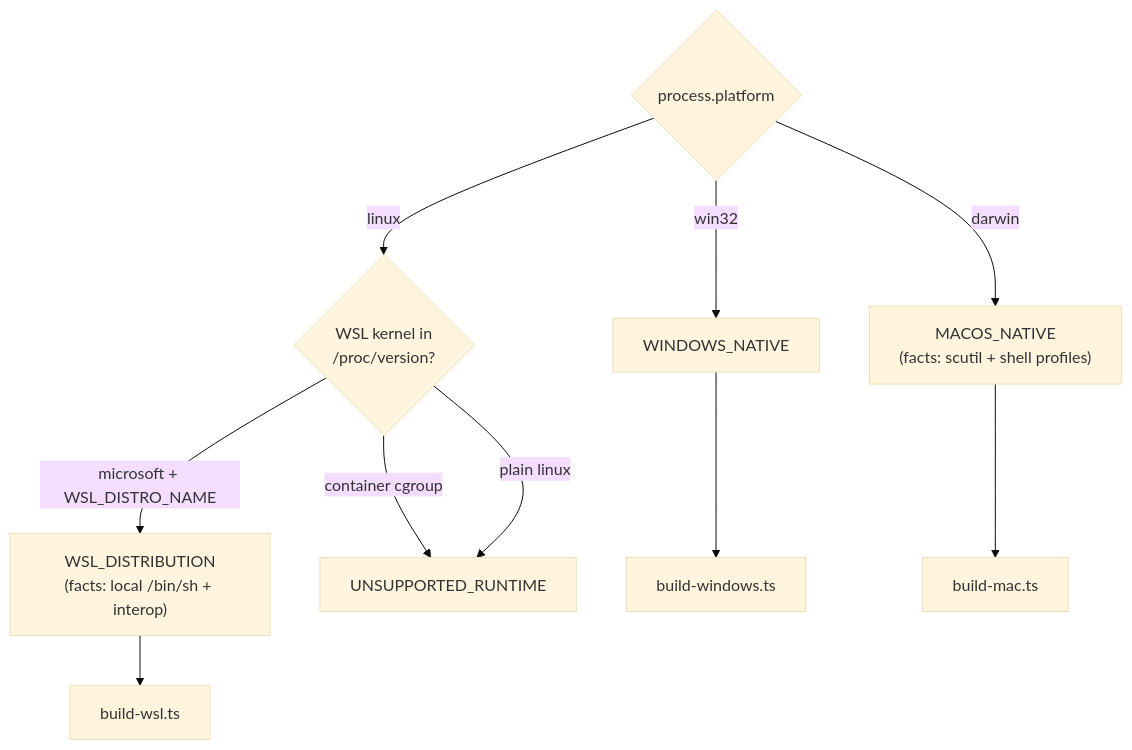
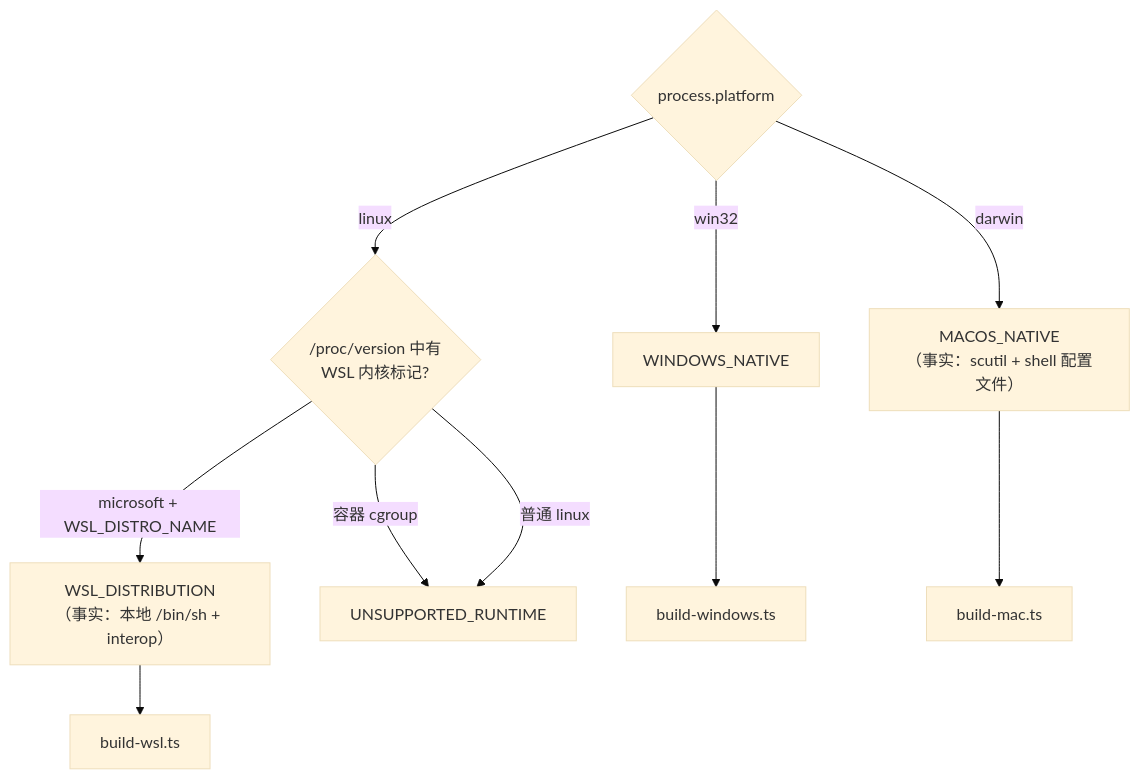
Before and after one commit to kanneiren/dsh-network-settings: the fifth of 7 diagrams in docs/architecture.md, drawn with Mermaid (base theme). The commit also changed other lines of this file and 3 other files, not shown here.

First line of the commit message:
docs: Chinese architecture doc as default, English moved to architecture.en.md

````diff
--- a/docs/architecture.md
+++ b/docs/architecture.md
@@ -162,13 +162,13 @@
 ```mermaid
 flowchart TB
   PLAT{"process.platform"}
   PLAT -->|win32| WN["WINDOWS_NATIVE"]
-  PLAT -->|linux| K{"WSL kernel in<br/>/proc/version?"}
-  K -->|"microsoft + WSL_DISTRO_NAME"| WD["WSL_DISTRIBUTION<br/>(facts: local /bin/sh + interop)"]
-  K -->|"container cgroup"| UNS["UNSUPPORTED_RUNTIME"]
-  K -->|"plain linux"| UNS
-  PLAT -->|darwin| MAC["MACOS_NATIVE<br/>(facts: scutil + shell profiles)"]
+  PLAT -->|linux| K{"/proc/version 中有<br/>WSL 内核标记?"}
+  K -->|"microsoft + WSL_DISTRO_NAME"| WD["WSL_DISTRIBUTION<br/>（事实：本地 /bin/sh + interop）"]
+  K -->|"容器 cgroup"| UNS["UNSUPPORTED_RUNTIME"]
+  K -->|"普通 linux"| UNS
+  PLAT -->|darwin| MAC["MACOS_NATIVE<br/>（事实：scutil + shell 配置文件）"]
   WN --> BW["build-windows.ts"]
   WD --> BWS["build-wsl.ts"]
   MAC --> BWM["build-mac.ts"]
 ```
````
